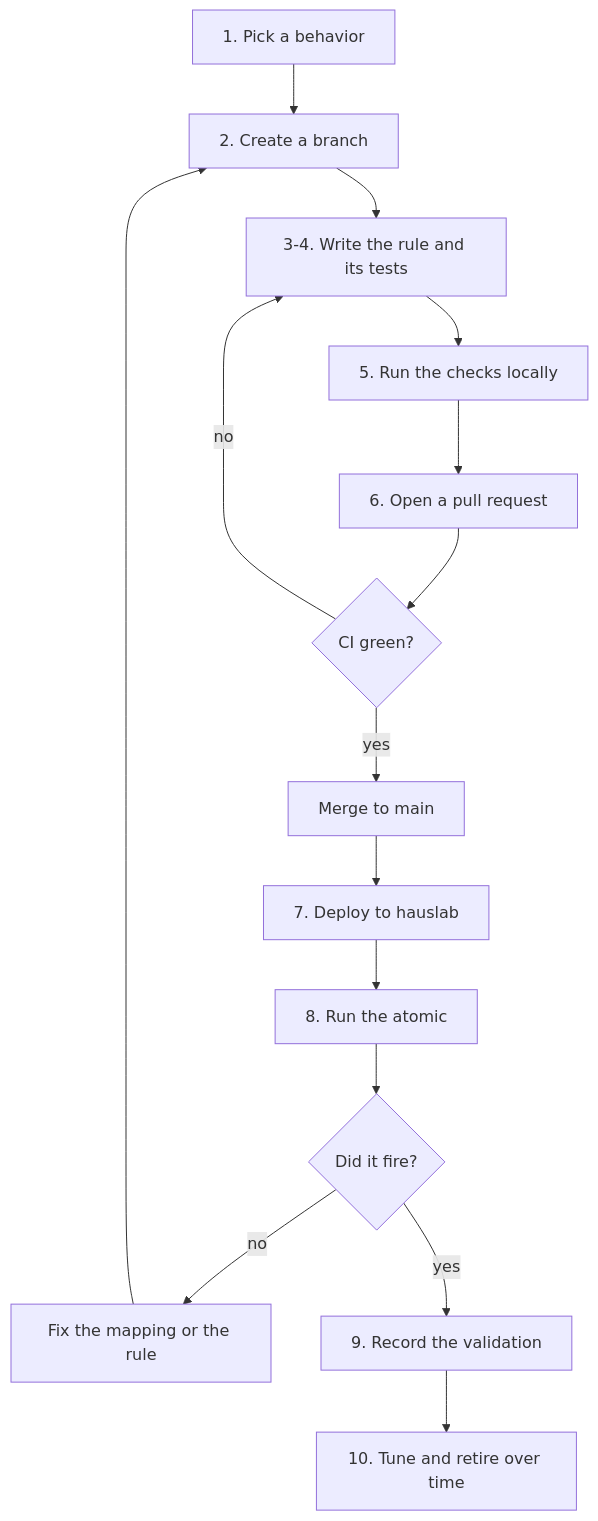
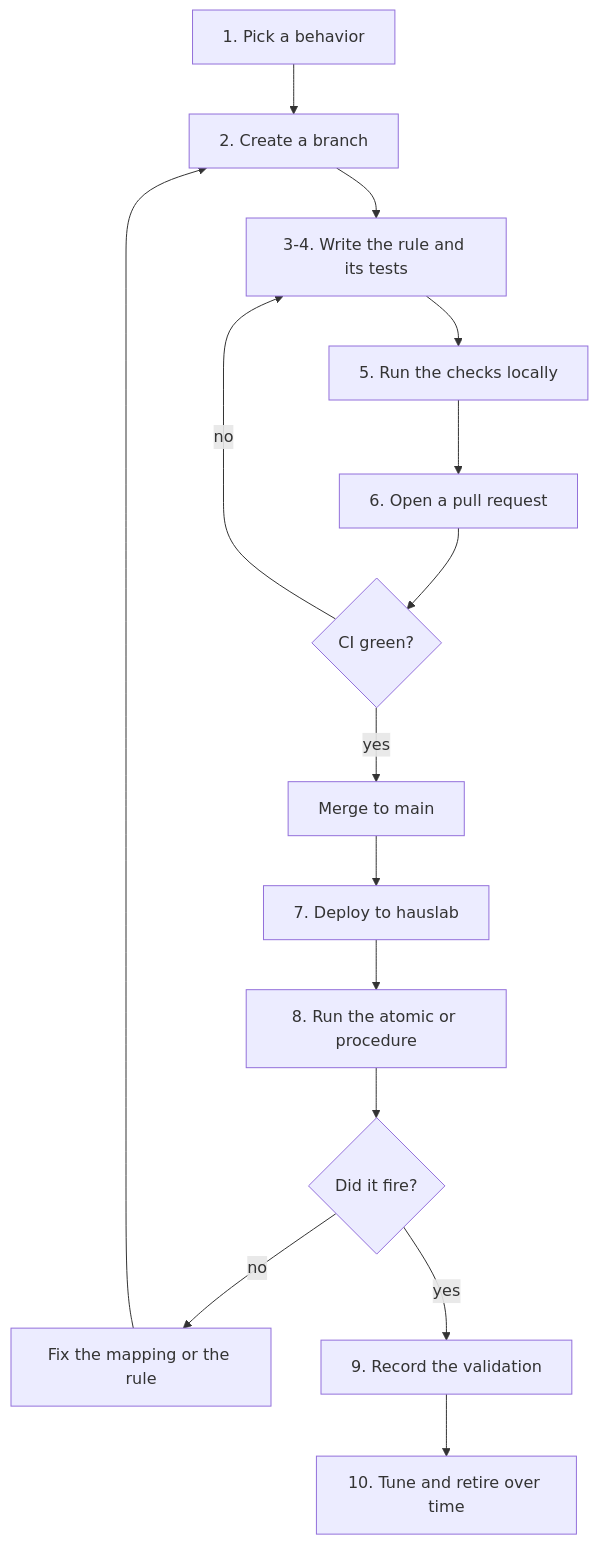
Before and after one commit to cyberchup/wachhund: the diagram in WORKFLOW.md, drawn with Mermaid. The commit also changed other lines of this file and 10 other files, not shown here.

````diff
--- a/WORKFLOW.md
+++ b/WORKFLOW.md
@@ -8,16 +8,16 @@
 ```mermaid
 flowchart TD
     A[1. Pick a behavior] --> B[2. Create a branch]
     B --> C[3-4. Write the rule and its tests]
     C --> D[5. Run the checks locally]
     D --> E[6. Open a pull request]
     E --> F{CI green?}
     F -- no --> C
     F -- yes --> G[Merge to main]
     G --> H[7. Deploy to hauslab]
-    H --> I[8. Run the atomic]
+    H --> I[8. Run the atomic or procedure]
     I --> J{Did it fire?}
     J -- no --> K[Fix the mapping or the rule] --> B
     J -- yes --> L[9. Record the validation]
     L --> M[10. Tune and retire over time]
 ```
````
